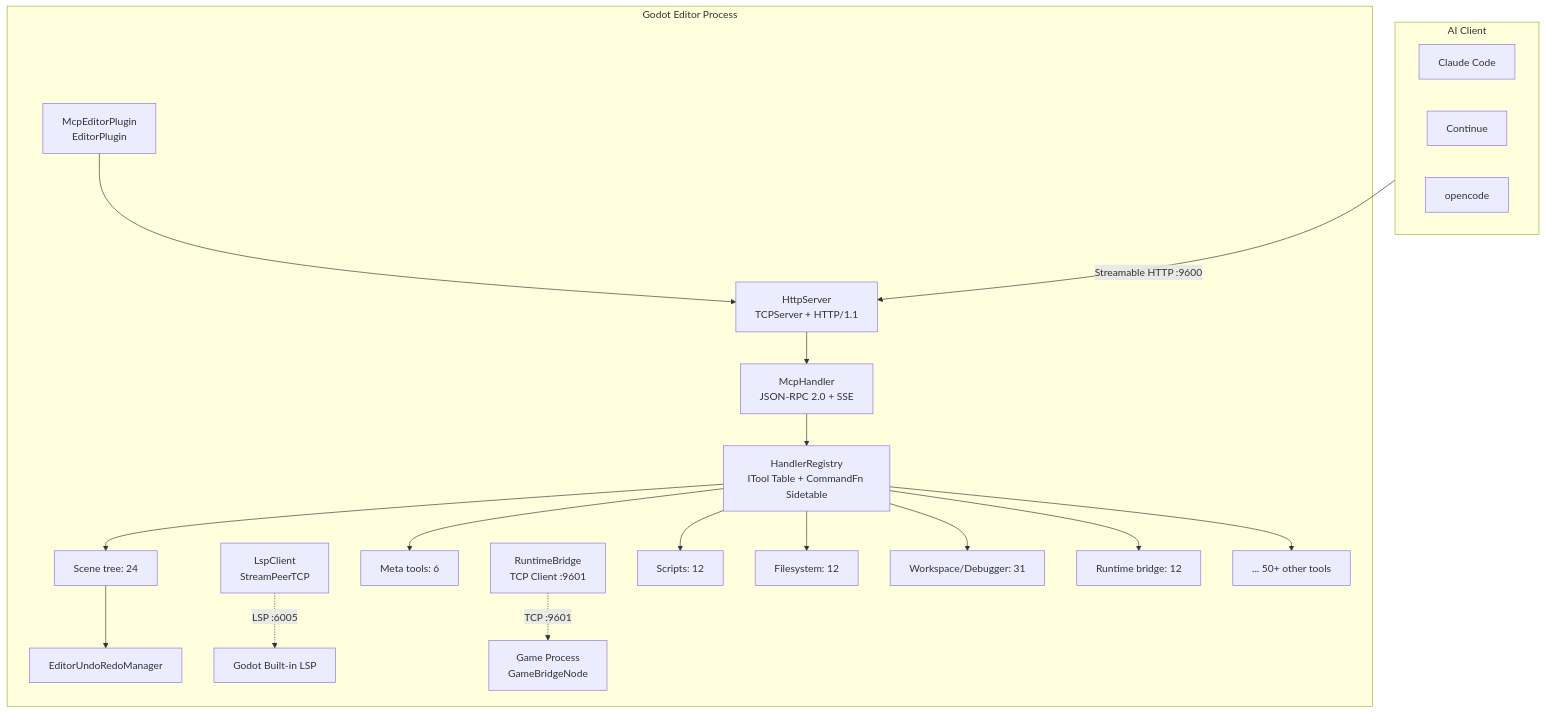
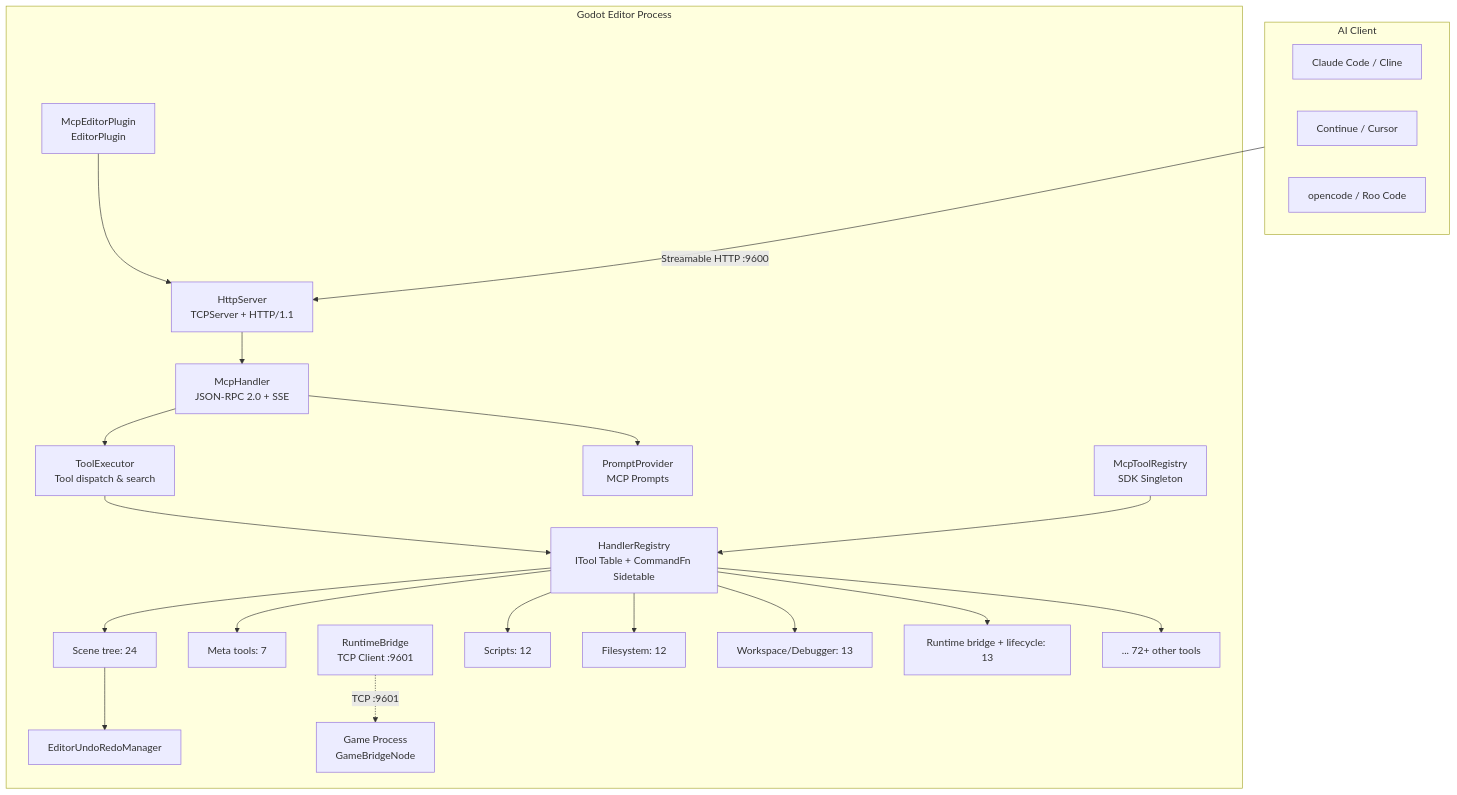
The first of 4 diagrams in docs/en/guide/architecture.md (jesspig/GodotMCP-GDExtension), drawn with Mermaid before and after one commit. The commit also changed other lines of this file and 17 other files, not shown here.

````diff
--- a/docs/en/guide/architecture.md
+++ b/docs/en/guide/architecture.md
@@ -5,35 +5,39 @@
 ```mermaid
 graph TB
     subgraph AI_CLIENT["AI Client"]
-        CC[Claude Code]
-        CO[Continue]
-        OC[opencode]
+        CC[Claude Code / Cline]
+        CO[Continue / Cursor]
+        OC[opencode / Roo Code]
     end
 
     subgraph GODOT["Godot Editor Process"]
         EP[McpEditorPlugin<br/>EditorPlugin]
         HS[HttpServer<br/>TCPServer + HTTP/1.1]
         MH[McpHandler<br/>JSON-RPC 2.0 + SSE]
         HR[HandlerRegistry<br/>ITool Table + CommandFn Sidetable]
-        LC[LspClient<br/>StreamPeerTCP]
+        TE[ToolExecutor<br/>Tool dispatch & search]
+        PP[PromptProvider<br/>MCP Prompts]
         EU[EditorUndoRedoManager]
         RB[RuntimeBridge<br/>TCP Client :9601]
+        SDK[McpToolRegistry<br/>SDK Singleton]
 
         EP --> HS
         HS --> MH
-        MH --> HR
-        LC -.->|LSP :6005| GodotLSP[Godot Built-in LSP]
+        MH --> TE
+        TE --> HR
+        MH --> PP
+        SDK --> HR
         RB -.->|TCP :9601| GameProcess[Game Process<br/>GameBridgeNode]
 
-        HR --> tools_meta[Meta tools: 6]
+        HR --> tools_meta[Meta tools: 7]
         HR --> tools_scene[Scene tree: 24]
         HR --> tools_script[Scripts: 12]
         HR --> tools_fs[Filesystem: 12]
-        HR --> tools_workspace[Workspace/Debugger: 31]
-        HR --> tools_runtime[Runtime bridge: 12]
-        HR --> tools_other[... 50+ other tools]
+        HR --> tools_workspace[Workspace/Debugger: 13]
+        HR --> tools_runtime[Runtime bridge + lifecycle: 13]
+        HR --> tools_other[... 72+ other tools]
     end
 
     AI_CLIENT -- "Streamable HTTP :9600" --> HS
     tools_scene --> EU
 ```
````
